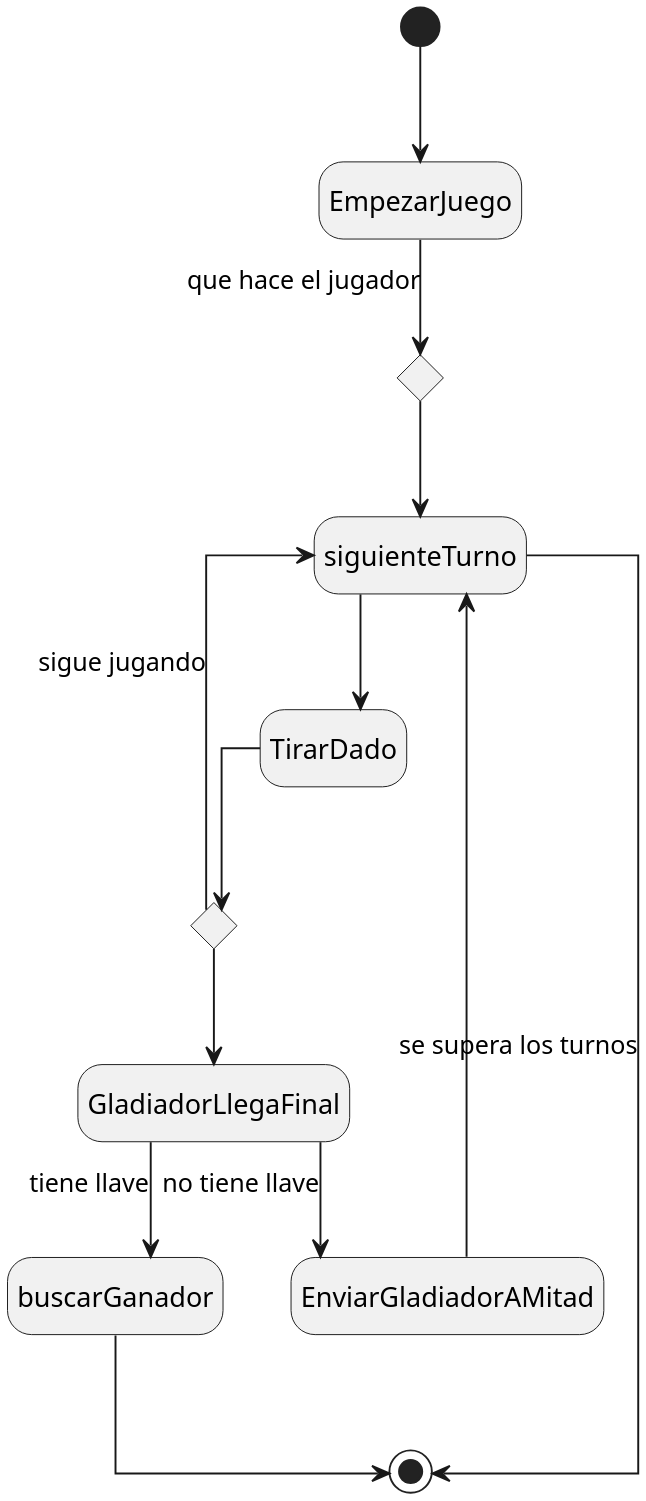
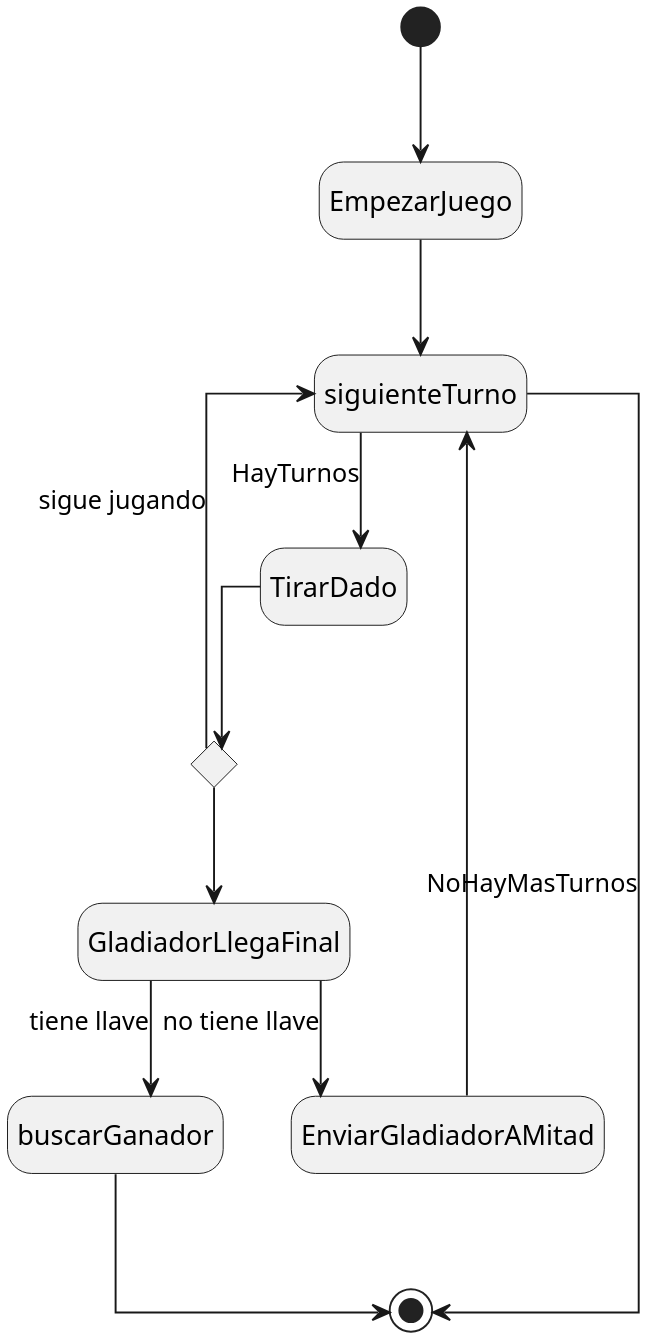
Before and after one commit to mcumskov/Algo3_tp2: the diagram in diagrams/states/diagramaEstado.puml, drawn with PlantUML. The commit also changed 17 other files, not shown here.

```diff
--- a/diagrams/states/diagramaEstado.puml
+++ b/diagrams/states/diagramaEstado.puml
@@ -1,36 +1,33 @@
 @startuml
 scale 1000 height
 scale 900 width
 top to bottom direction
 skinparam linetype ortho
 hide empty description
 
 [*] --> EmpezarJuego
-
-state queHacer <<choice>>
-EmpezarJuego -->queHacer: que hace el jugador
+EmpezarJuego -->siguienteTurno
 state TirarDado
 
 state siguienteTurno
 
-queHacer --> siguienteTurno
-siguienteTurno --> TirarDado
+siguienteTurno --> TirarDado: HayTurnos
 
 state queHacer2 <<choice>>
 state EnviarGladiadorAMitad
 state GladiadorLlegaFinal
 state buscarGanador
 
 
 TirarDado --> queHacer2
 siguienteTurno <-- queHacer2: sigue jugando
 queHacer2 --> GladiadorLlegaFinal
 GladiadorLlegaFinal --> EnviarGladiadorAMitad: no tiene llave
 siguienteTurno <-- EnviarGladiadorAMitad
 GladiadorLlegaFinal --> buscarGanador: tiene llave
 buscarGanador --> [*]
 
 
-siguienteTurno --> [*]: se supera los turnos
+siguienteTurno --> [*]: NoHayMasTurnos
 
 @enduml
```
